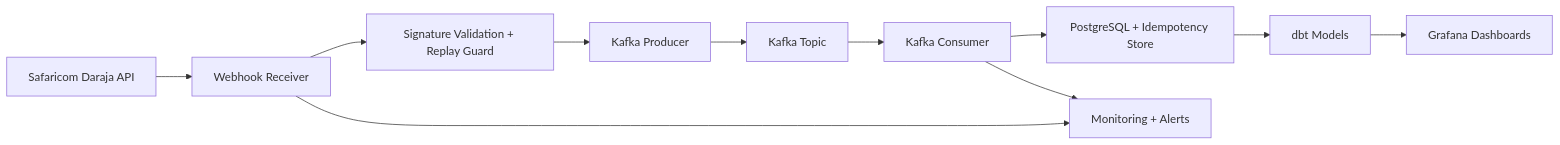
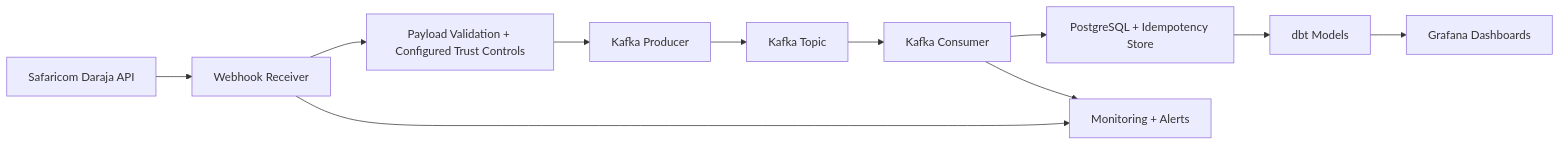
One commit to Victor-Kipruto-Rop/Real_Time_Transaction_Streaming-MPESA- changed the diagram in README.md. Above: the diagram before and after it, drawn with Mermaid. The commit also changed other lines of this file, not shown here.

````diff
--- a/README.md
+++ b/README.md
@@ -36,13 +36,13 @@
 ```mermaid
 flowchart LR
     A[Safaricom Daraja API] --> B[Webhook Receiver]
-    B --> C[Signature Validation + Replay Guard]
+    B --> C[Payload Validation + Configured Trust Controls]
     C --> D[Kafka Producer]
     D --> E[Kafka Topic]
     E --> F[Kafka Consumer]
     F --> G[PostgreSQL + Idempotency Store]
     G --> H[dbt Models]
     H --> I[Grafana Dashboards]
     F --> J[Monitoring + Alerts]
     B --> J
 ```
````
